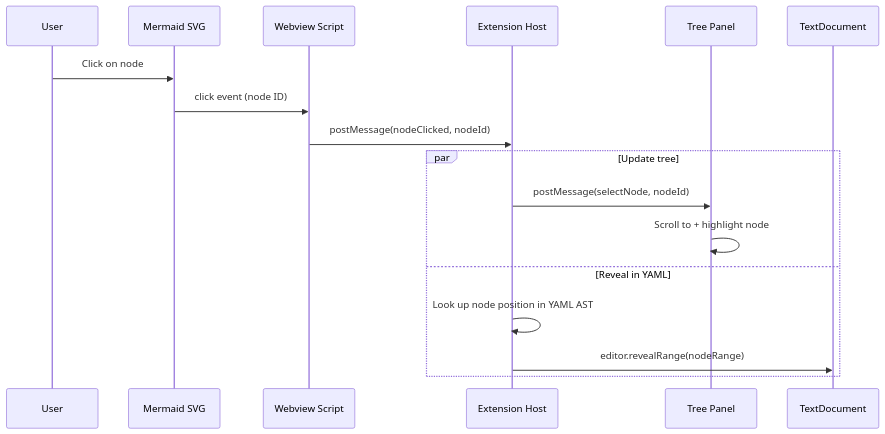
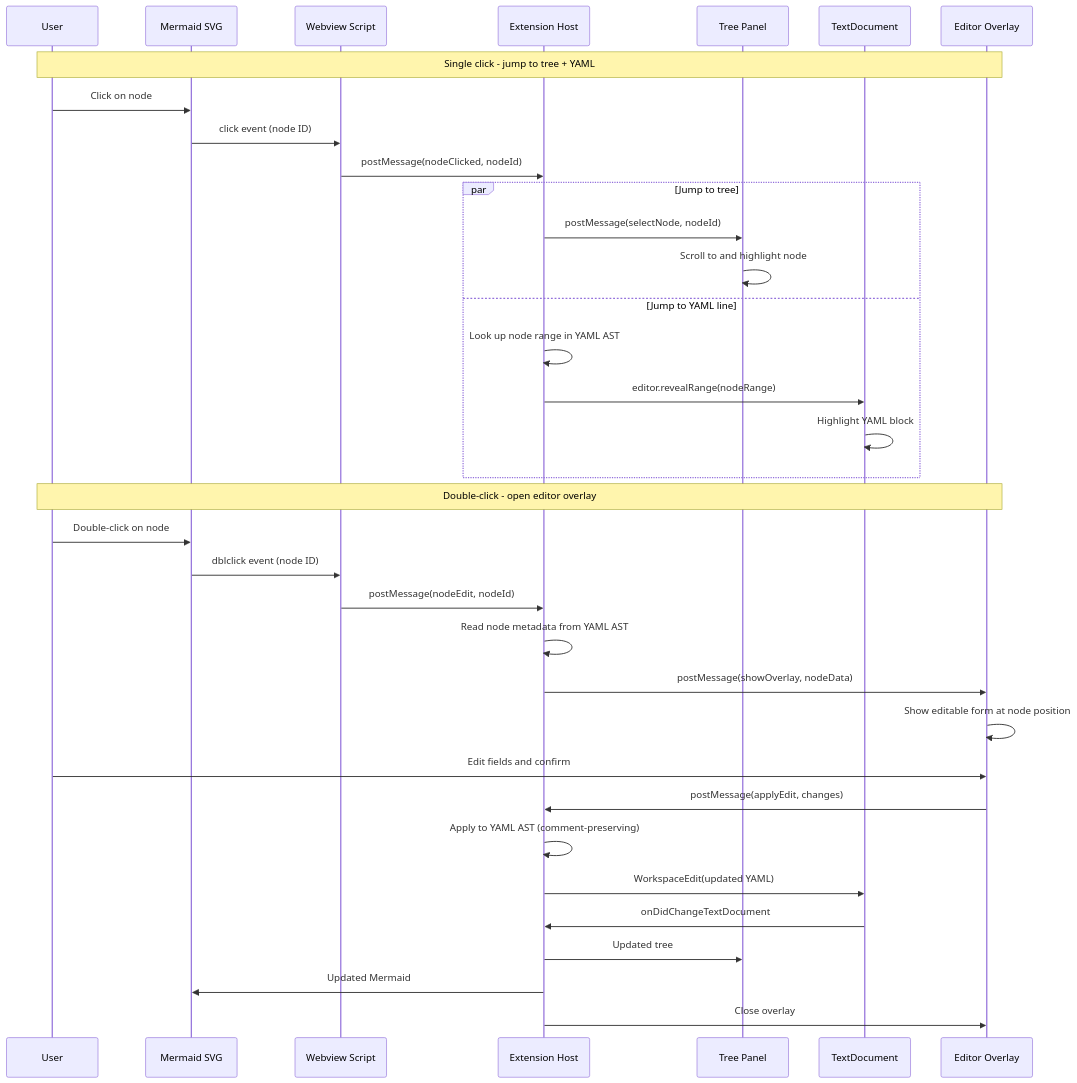
Diagram 14 of 32 in tom_vscode_extension/doc/yaml_graph.md (al-the-bear/tom_module_vscode), drawn with Mermaid before and after one commit. The commit also changed other lines of this file, not shown here.

Commit message:
Add AstNodeTransformer inline JS transforms, editor overlay interaction, 1s debounce

````diff
--- a/tom_vscode_extension/doc/yaml_graph.md
+++ b/tom_vscode_extension/doc/yaml_graph.md
@@ -1085,21 +1206,41 @@
 ```mermaid
 sequenceDiagram
     participant User
     participant SVG as Mermaid SVG
     participant WV as Webview Script
     participant Ext as Extension Host
     participant Tree as Tree Panel
     participant Doc as TextDocument
+    participant Overlay as Editor Overlay
 
+    Note over User,Overlay: Single click - jump to tree + YAML
     User->>SVG: Click on node
     SVG->>WV: click event (node ID)
     WV->>Ext: postMessage(nodeClicked, nodeId)
 
-    par Update tree
+    par Jump to tree
         Ext->>Tree: postMessage(selectNode, nodeId)
-        Tree->>Tree: Scroll to + highlight node
-    and Reveal in YAML
-        Ext->>Ext: Look up node position in YAML AST
+        Tree->>Tree: Scroll to and highlight node
+    and Jump to YAML line
+        Ext->>Ext: Look up node range in YAML AST
         Ext->>Doc: editor.revealRange(nodeRange)
+        Doc->>Doc: Highlight YAML block
     end
+
+    Note over User,Overlay: Double-click - open editor overlay
+    User->>SVG: Double-click on node
+    SVG->>WV: dblclick event (node ID)
+    WV->>Ext: postMessage(nodeEdit, nodeId)
+    Ext->>Ext: Read node metadata from YAML AST
+    Ext->>Overlay: postMessage(showOverlay, nodeData)
+    Overlay->>Overlay: Show editable form at node position
+
+    User->>Overlay: Edit fields and confirm
+    Overlay->>Ext: postMessage(applyEdit, changes)
+    Ext->>Ext: Apply to YAML AST (comment-preserving)
+    Ext->>Doc: WorkspaceEdit(updated YAML)
+    Doc->>Ext: onDidChangeTextDocument
+    Ext->>Tree: Updated tree
+    Ext->>SVG: Updated Mermaid
+    Ext->>Overlay: Close overlay
 ```
````
